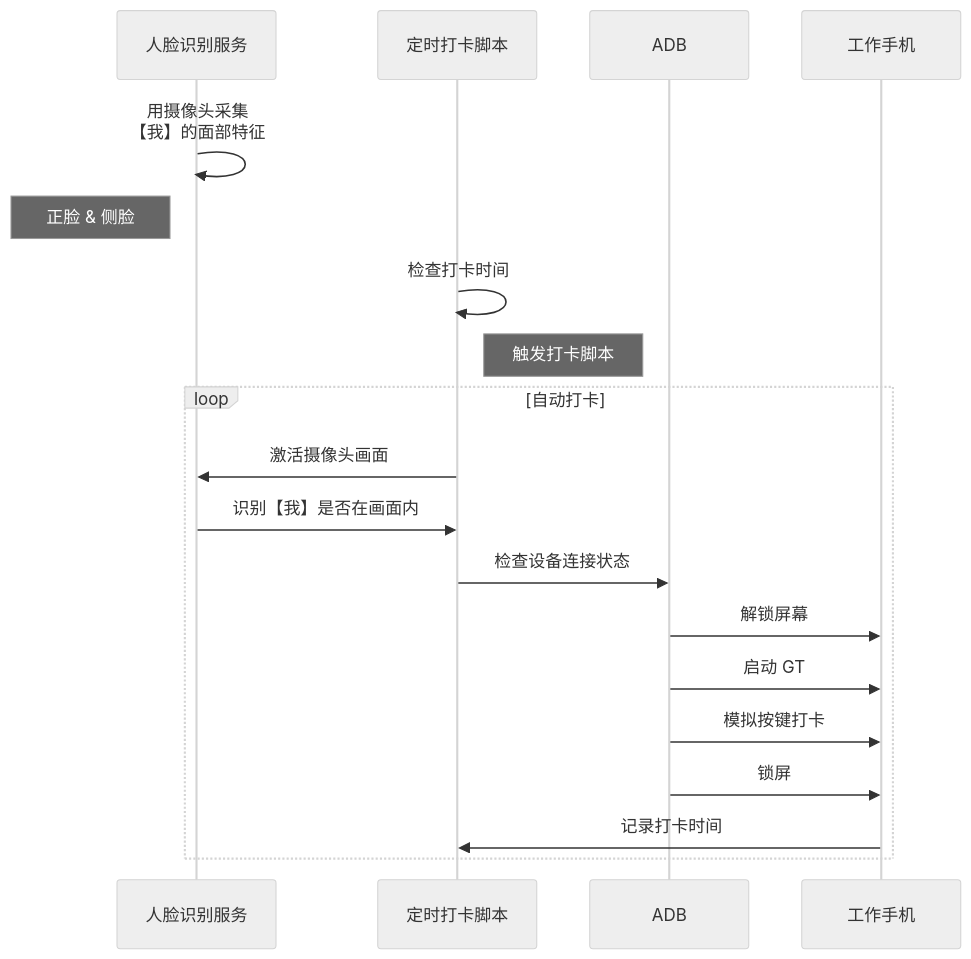
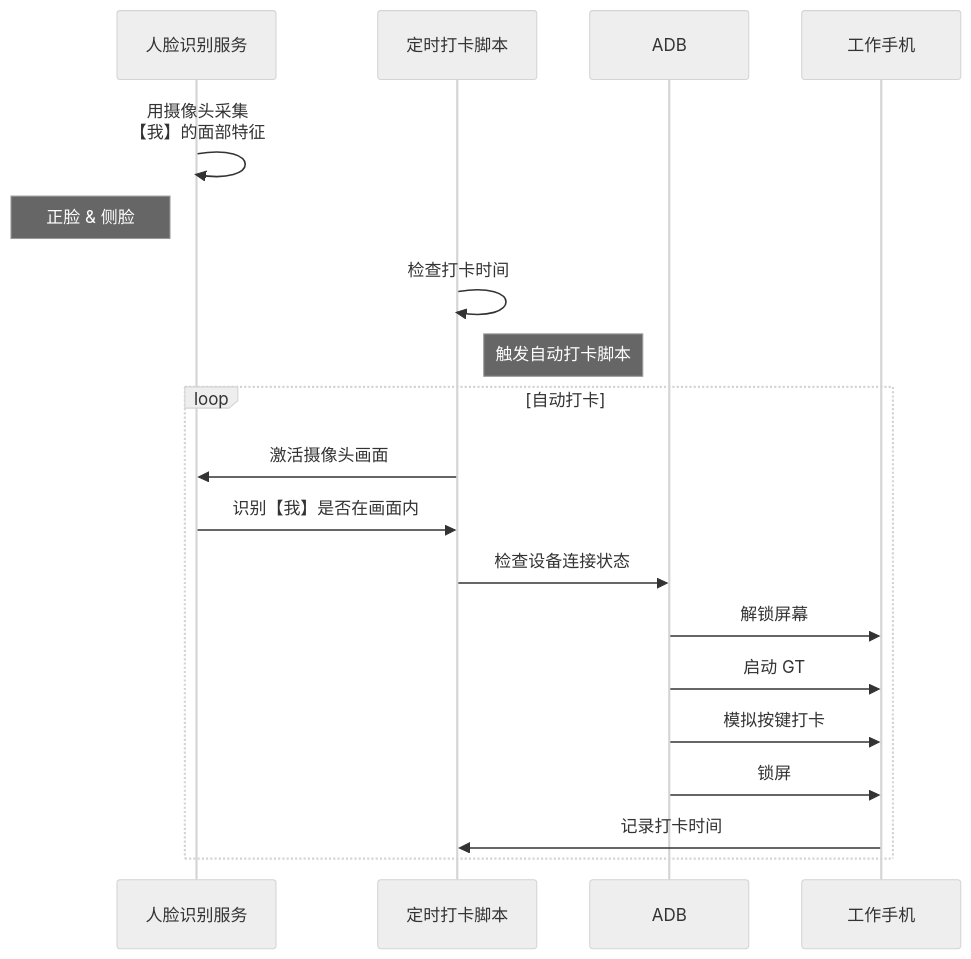
Before and after one commit to Visuals-AI/AI-auto-checkin: the diagram in README2.md, drawn with Mermaid (neutral theme).

````diff
--- a/README2.md
+++ b/README2.md
@@ -51,21 +51,21 @@
 ```mermaid
 sequenceDiagram
     participant 人脸识别服务
     participant 定时打卡脚本
     participant ADB
     participant 工作手机
     人脸识别服务->>人脸识别服务: 用摄像头采集<br/>【我】的面部特征
     Note left of 人脸识别服务: 正脸 & 侧脸
     定时打卡脚本->>定时打卡脚本: 检查打卡时间
-    Note right of 定时打卡脚本: 触发打卡脚本
+    Note right of 定时打卡脚本: 触发自动打卡脚本
     loop 自动打卡
         定时打卡脚本->>人脸识别服务: 激活摄像头画面
         人脸识别服务->>定时打卡脚本: 识别【我】是否在画面内
         定时打卡脚本->>ADB: 检查设备连接状态
         ADB->>工作手机: 解锁屏幕
         ADB->>工作手机: 启动 GT
         ADB->>工作手机: 模拟按键打卡
         ADB->>工作手机: 锁屏
         工作手机->>定时打卡脚本: 记录打卡时间
     end
 ```
````
